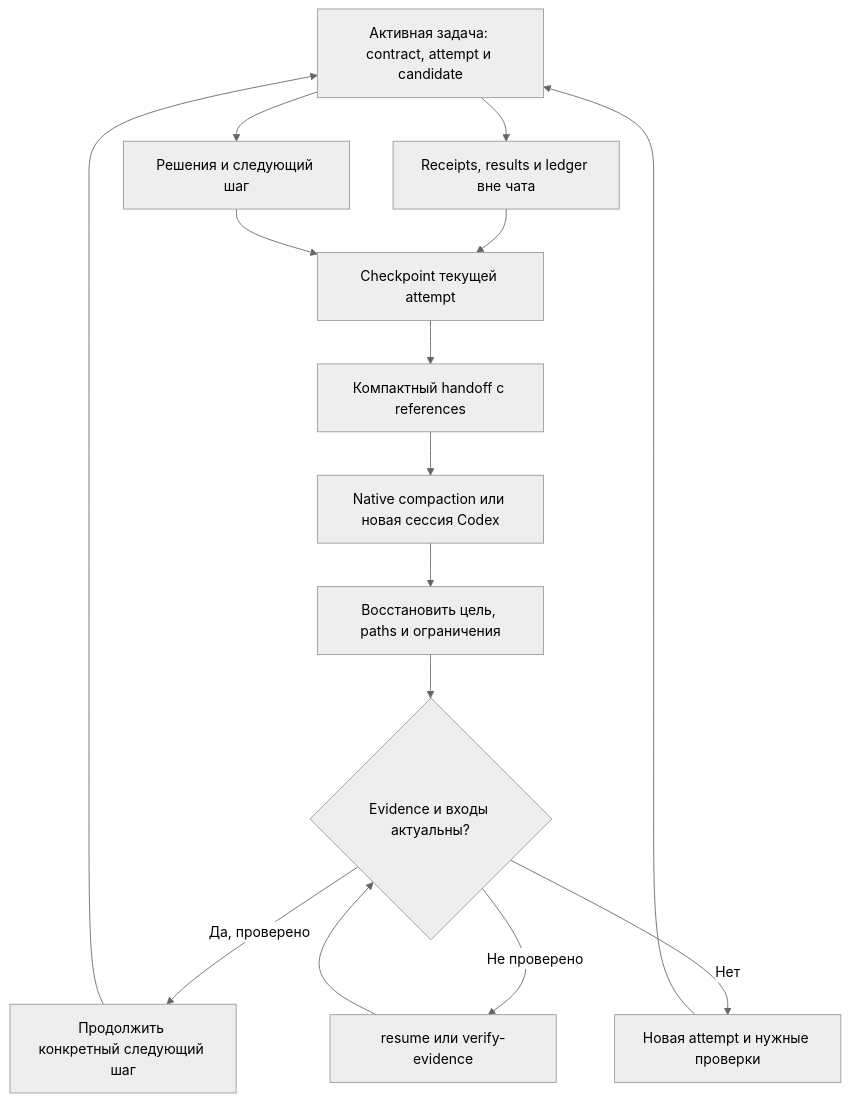
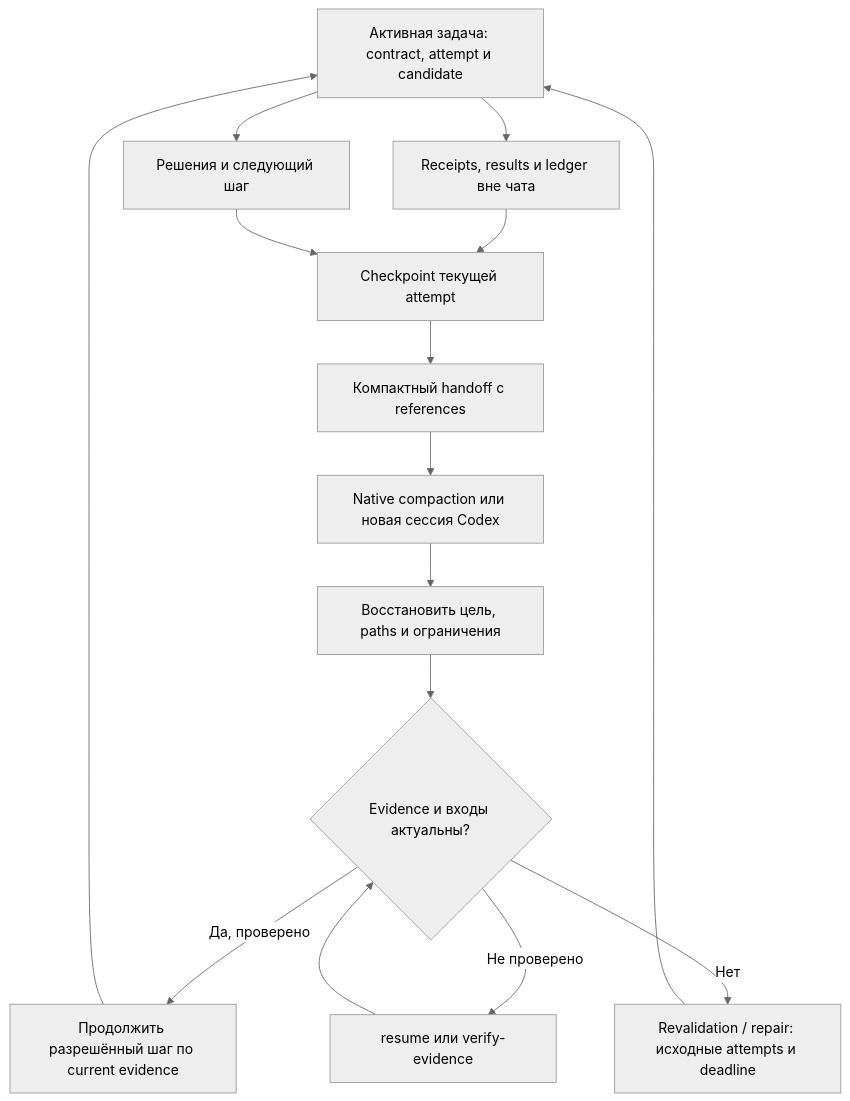
Before and after one commit to SUKUNA-AI/agent-harness: the fourth of 4 diagrams in docs/ARCHITECTURE_RU.md, drawn with Mermaid (neutral theme). The commit also changed other lines of this file and 62 other files, not shown here.

First line of the commit message:
docs: align all current guides and diagrams with Agent Harness 1.6.0

````diff
--- a/docs/ARCHITECTURE_RU.md
+++ b/docs/ARCHITECTURE_RU.md
@@ -193,17 +205,17 @@
 ```mermaid
 flowchart TD
     Active["Активная задача: contract, attempt и candidate"] --> Records["Receipts, results и ledger вне чата"]
     Active --> Decisions["Решения и следующий шаг"]
     Records --> Checkpoint["Checkpoint текущей attempt"]
     Decisions --> Checkpoint
     Checkpoint --> Handoff["Компактный handoff с references"]
     Handoff --> Compact["Native compaction или новая сессия Codex"]
     Compact --> Load["Восстановить цель, paths и ограничения"]
     Load --> Fresh{"Evidence и входы актуальны?"}
-    Fresh -->|"Да, проверено"| Continue["Продолжить конкретный следующий шаг"]
-    Fresh -->|"Нет"| Attempt["Новая attempt и нужные проверки"]
+    Fresh -->|"Да, проверено"| Continue["Продолжить разрешённый шаг по current evidence"]
+    Fresh -->|"Нет"| Attempt["Revalidation / repair: исходные attempts и deadline"]
     Fresh -->|"Не проверено"| Verify["resume или verify-evidence"]
     Verify --> Fresh
     Attempt --> Active
     Continue --> Active
 ```
````
